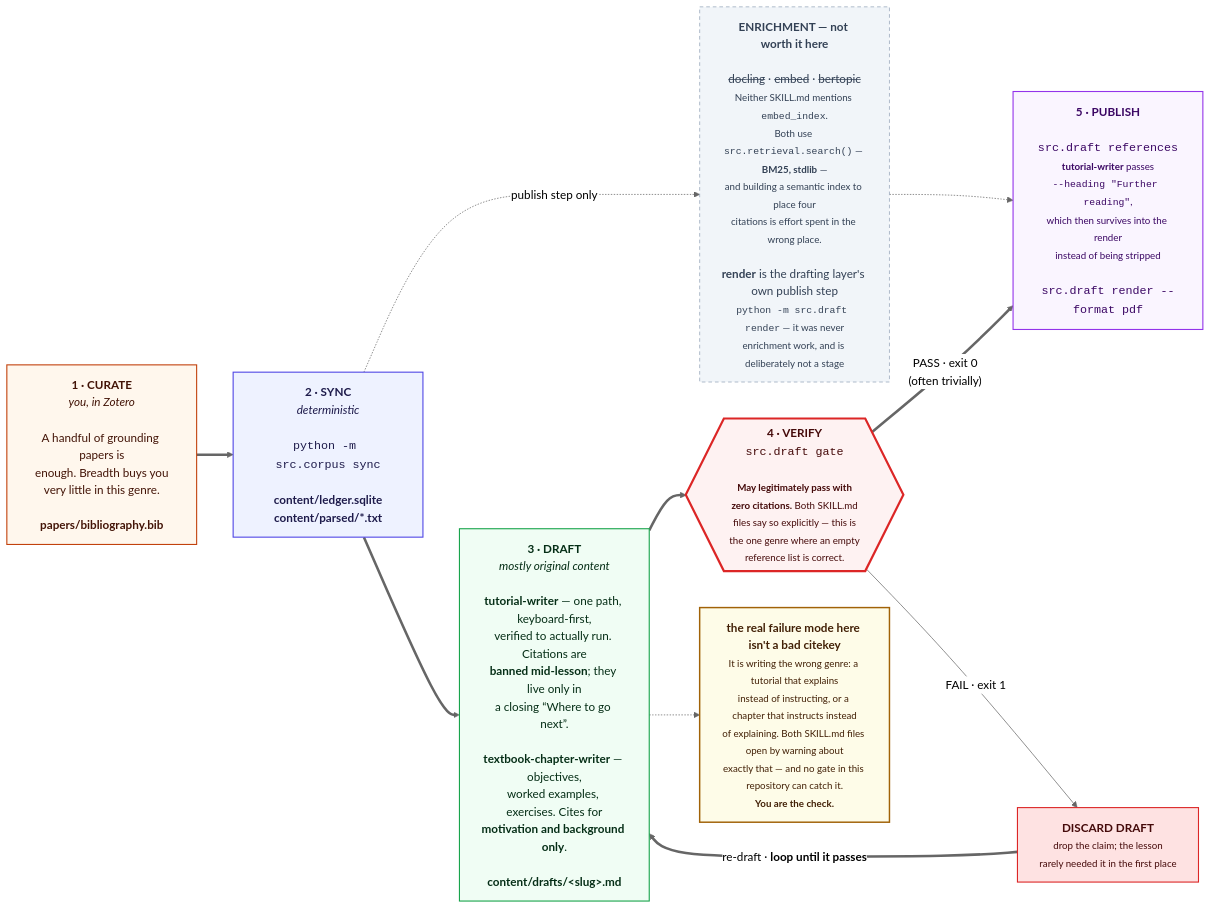
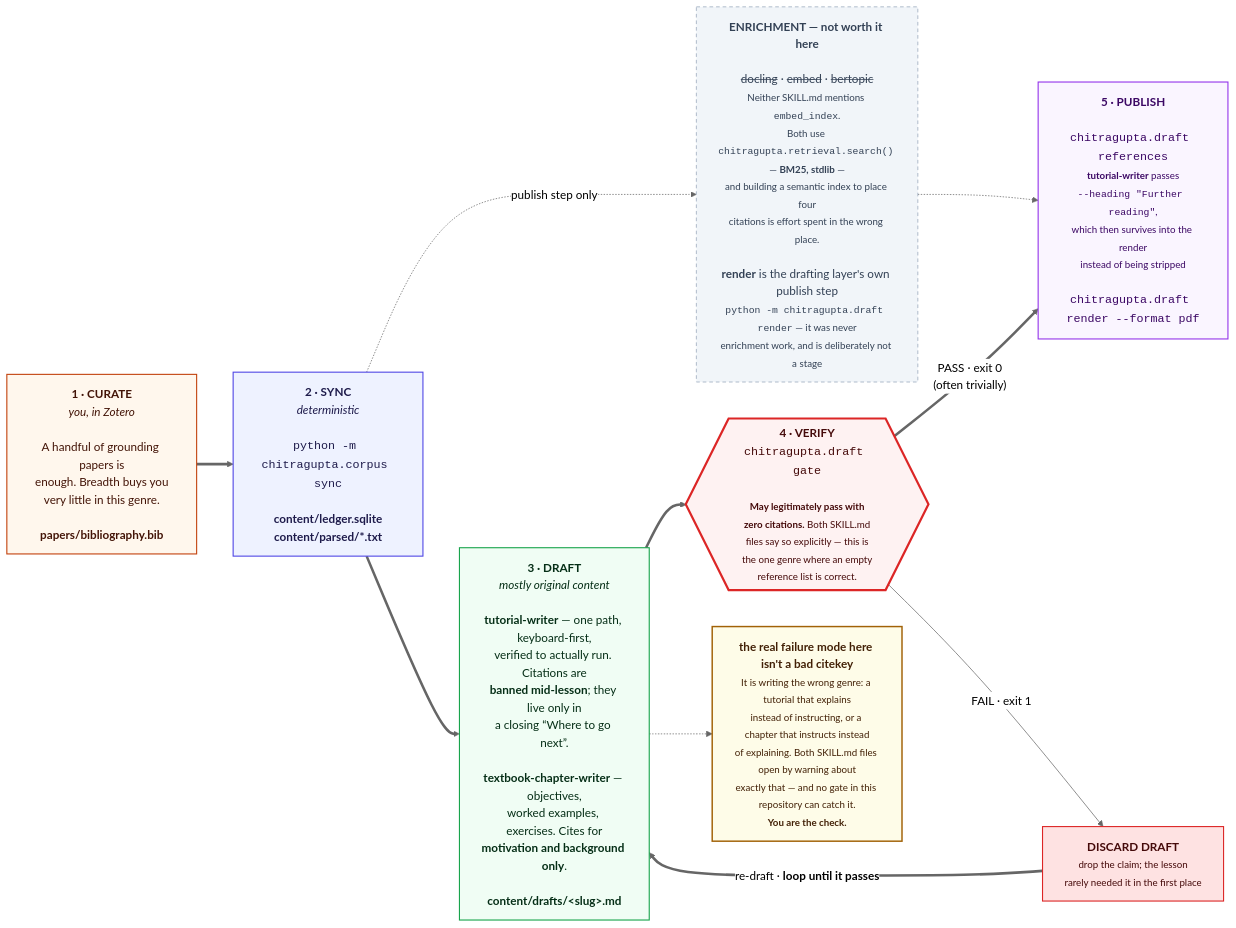
One commit to prasadtalasila/chitragupta changed the eighth of 11 diagrams in docs/DIAGRAMS.md. Above: the diagram before and after it, drawn with Mermaid (neutral theme). The commit also changed other lines of this file and 255 other files, not shown here.

````diff
--- a/docs/DIAGRAMS.md
+++ b/docs/DIAGRAMS.md
@@ -706,45 +707,45 @@
 ```mermaid
 flowchart LR
 
   P0["<b>1 · CURATE</b><br/><i>you, in Zotero</i><br/><br/>A handful of grounding papers is<br/>enough. Breadth buys you<br/>very little in this genre.<br/><br/><b>papers/bibliography.bib</b>"]
 
-  P1["<b>2 · SYNC</b><br/><i>deterministic</i><br/><br/><code>python -m src.corpus sync</code><br/><br/><b>content/ledger.sqlite</b><br/><b>content/parsed/*.txt</b>"]
+  P1["<b>2 · SYNC</b><br/><i>deterministic</i><br/><br/><code>python -m chitragupta.corpus sync</code><br/><br/><b>content/ledger.sqlite</b><br/><b>content/parsed/*.txt</b>"]
 
-  HEAVY["<b>ENRICHMENT — not worth it here</b><br/><br/><s>docling</s> · <s>embed</s> · <s>bertopic</s><br/><small>Neither SKILL.md mentions <code>embed_index</code>.<br/>Both use <code>src.retrieval.search()</code> — <b>BM25, stdlib</b> —<br/>and building a semantic index to place four<br/>citations is effort spent in the wrong place.</small><br/><br/><b>render</b> is the drafting layer's own publish step<br/><small><code>python -m src.draft render</code> — it was never<br/>enrichment work, and is deliberately not a stage</small>"]
+  HEAVY["<b>ENRICHMENT — not worth it here</b><br/><br/><s>docling</s> · <s>embed</s> · <s>bertopic</s><br/><small>Neither SKILL.md mentions <code>embed_index</code>.<br/>Both use <code>chitragupta.retrieval.search()</code> — <b>BM25, stdlib</b> —<br/>and building a semantic index to place four<br/>citations is effort spent in the wrong place.</small><br/><br/><b>render</b> is the drafting layer's own publish step<br/><small><code>python -m chitragupta.draft render</code> — it was never<br/>enrichment work, and is deliberately not a stage</small>"]
 
   P2["<b>3 · DRAFT</b><br/><i>mostly original content</i><br/><br/><b>tutorial-writer</b> — one path, keyboard-first,<br/>verified to actually run. Citations are<br/><b>banned mid-lesson</b>; they live only in<br/>a closing “Where to go next”.<br/><br/><b>textbook-chapter-writer</b> — objectives,<br/>worked examples, exercises. Cites for<br/><b>motivation and background only</b>.<br/><br/><b>content/drafts/&lt;slug&gt;.md</b>"]
 
-  P3{{"<b>4 · VERIFY</b><br/><code>src.draft gate</code><br/><br/><small><b>May legitimately pass with<br/>zero citations.</b> Both SKILL.md<br/>files say so explicitly — this is<br/>the one genre where an empty<br/>reference list is correct.</small>"}}
+  P3{{"<b>4 · VERIFY</b><br/><code>chitragupta.draft gate</code><br/><br/><small><b>May legitimately pass with<br/>zero citations.</b> Both SKILL.md<br/>files say so explicitly — this is<br/>the one genre where an empty<br/>reference list is correct.</small>"}}
 
   FIX["<b>DISCARD DRAFT</b><br/><small>drop the claim; the lesson<br/>rarely needed it in the first place</small>"]
 
-  P4["<b>5 · PUBLISH</b><br/><br/><code>src.draft references</code><br/><small><b>tutorial-writer</b> passes<br/><code>--heading &quot;Further reading&quot;</code>,<br/>which then survives into the render<br/>instead of being stripped</small><br/><br/><code>src.draft render --format pdf</code>"]
+  P4["<b>5 · PUBLISH</b><br/><br/><code>chitragupta.draft references</code><br/><small><b>tutorial-writer</b> passes<br/><code>--heading &quot;Further reading&quot;</code>,<br/>which then survives into the render<br/>instead of being stripped</small><br/><br/><code>chitragupta.draft render --format pdf</code>"]
 
   RISK["<b>the real failure mode here isn't a bad citekey</b><br/><small>It is writing the wrong genre: a tutorial that explains<br/>instead of instructing, or a chapter that instructs instead<br/>of explaining. Both SKILL.md files open by warning about<br/>exactly that — and no gate in this repository can catch it.<br/><b>You are the check.</b></small>"]
 
   P0 ==> P1 ==> P2 ==> P3
   P1 -. "publish step only" .-> HEAVY
   HEAVY -.-> P4
   P3 == "PASS · exit 0<br/>(often trivially)" ==> P4
   P3 -- "FAIL · exit 1" --> FIX
   FIX == "re-draft · <b>loop until it passes</b>" ==> P2
   P2 -.-> RISK
 
   classDef you fill:#fff7ed,stroke:#c2410c,stroke-width:1.5px,color:#431407
   classDef det fill:#eef2ff,stroke:#4f46e5,stroke-width:1.5px,color:#1e1b4b
   classDef gen fill:#f0fdf4,stroke:#16a34a,stroke-width:1.5px,color:#052e16
   classDef gate fill:#fef2f2,stroke:#dc2626,stroke-width:3px,color:#450a0a
   classDef out fill:#faf5ff,stroke:#9333ea,stroke-width:1.5px,color:#3b0764
   classDef bad fill:#fee2e2,stroke:#dc2626,stroke-width:1.5px,color:#450a0a
   classDef off fill:#f1f5f9,stroke:#94a3b8,stroke-dasharray:5 4,color:#334155
   classDef risk fill:#fefce8,stroke:#a16207,stroke-width:2px,color:#422006
 
   class P0 you
   class P1 det
   class P2 gen
   class P3 gate
   class P4 out
   class FIX bad
   class HEAVY off
   class RISK risk
 ```
````
